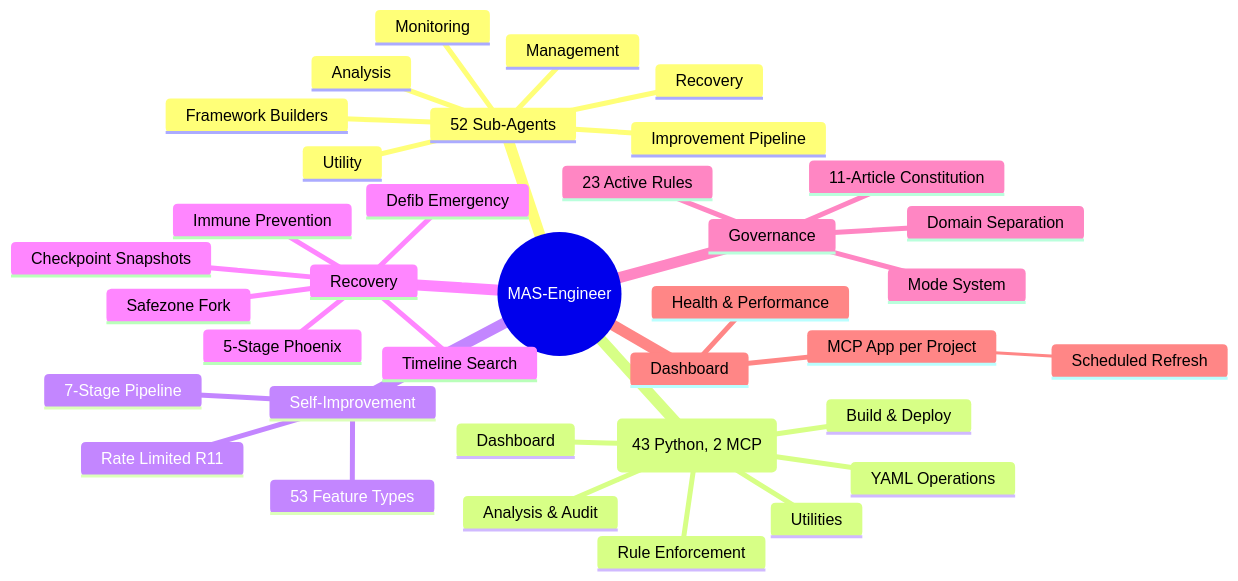
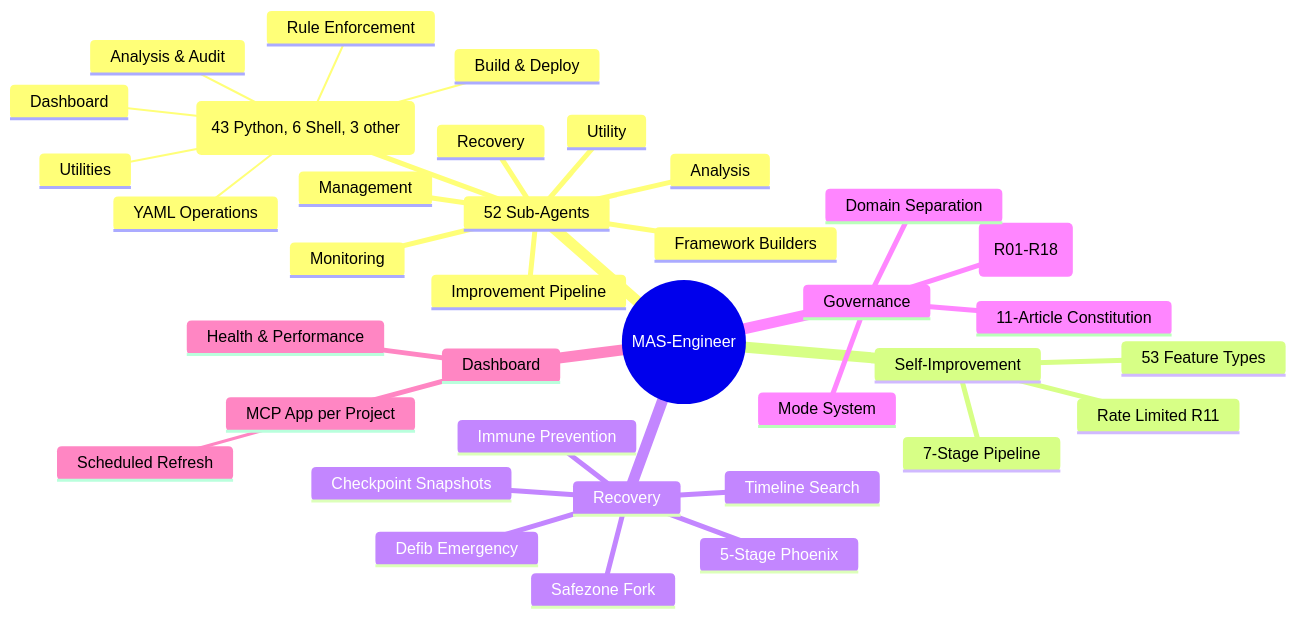
One commit to mczardybon/mas-engineer changed the sixth of 6 diagrams in README.md. Above: the diagram before and after it, drawn with Mermaid. The commit also changed other lines of this file and 3 other files, not shown here.

First line of the commit message:
[DOCS] fix diagrams + remaining stale counts across all docs

````diff
--- a/README.md
+++ b/README.md
@@ -463,39 +463,39 @@
 ```mermaid
 mindmap
   root((MAS-Engineer))
     52 Sub-Agents
       Framework Builders
       Improvement Pipeline
       Monitoring
       Recovery
       Analysis
       Utility
       Management
-    45 total (43 Python, 2 MCP)
+     52 total (43 Python, 6 Shell, 3 other)
       Rule Enforcement
       YAML Operations
       Build & Deploy
       Analysis & Audit
       Dashboard
       Utilities
     Self-Improvement
       7-Stage Pipeline
       53 Feature Types
       Rate Limited R11
     Recovery
       5-Stage Phoenix
       Immune Prevention
       Checkpoint Snapshots
       Safezone Fork
       Timeline Search
       Defib Emergency
     Governance
-      23 Active Rules
+      11 Hard Rules (R01-R18)
       11-Article Constitution
       Mode System
       Domain Separation
     Dashboard
       MCP App per Project
        Scheduled Refresh
       Health & Performance
 ```
````
